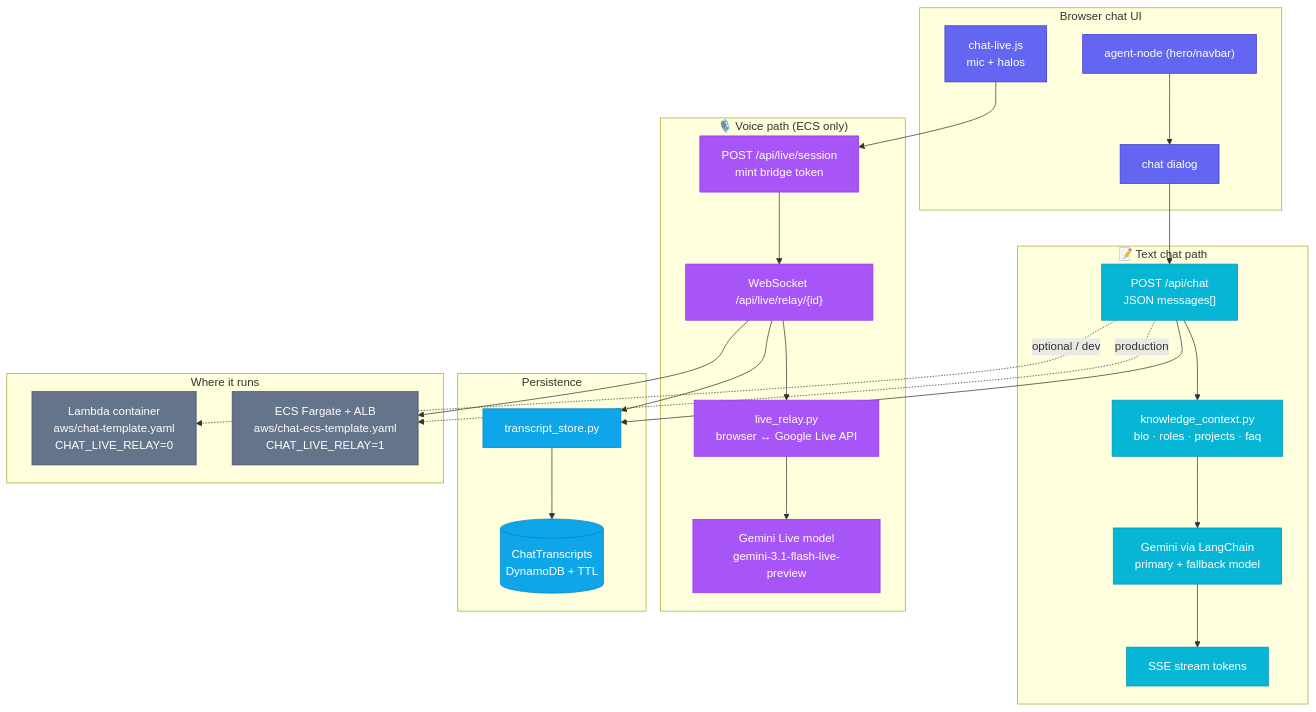
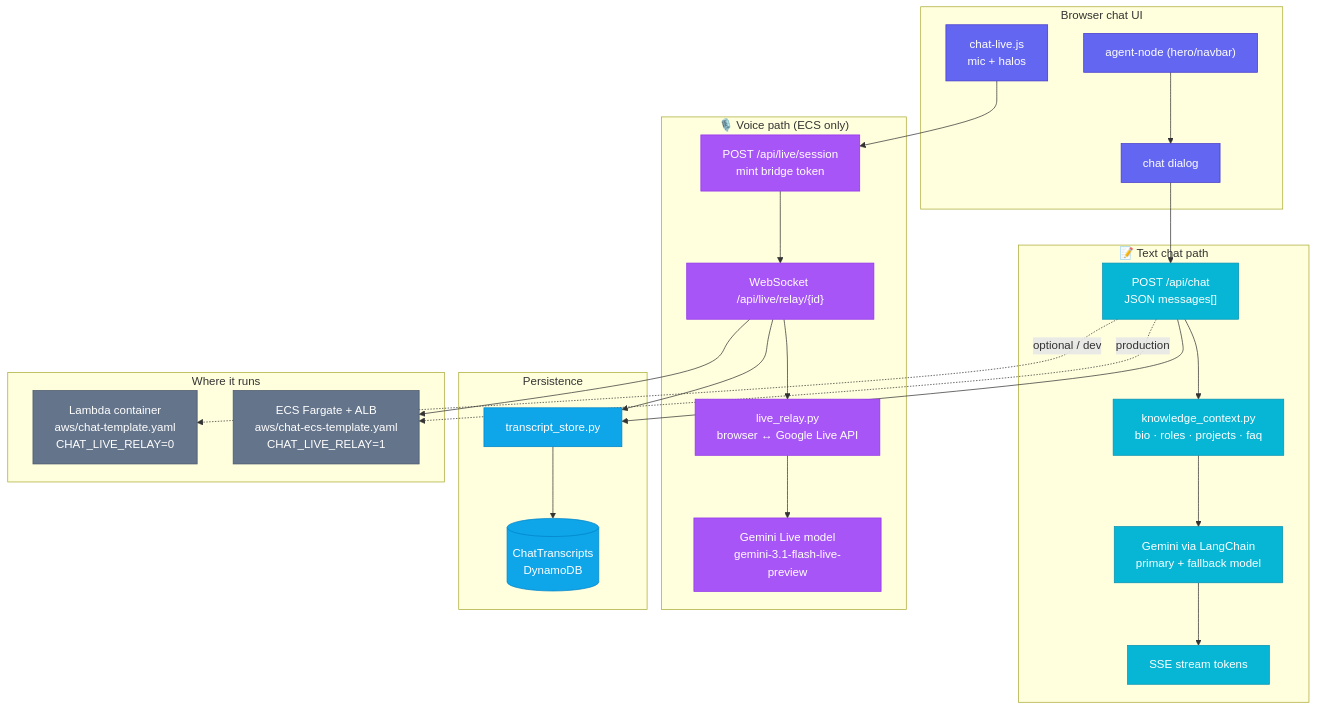
One commit to geda0/gvp changed the fifth of 7 diagrams in docs/architecture.md. Above: the diagram before and after it, drawn with Mermaid. The commit also changed other lines of this file and 4 other files, not shown here.

````diff
--- a/docs/architecture.md
+++ b/docs/architecture.md
@@ -309,58 +309,58 @@
 ```mermaid
 flowchart TB
     subgraph FE["Browser chat UI"]
         HERO["agent-node (hero/navbar)"]
         DIALOG["chat dialog"]
         VOICE["chat-live.js<br/>mic + halos"]
     end
 
     subgraph TextPath["📝 Text chat path"]
         POST["POST /api/chat<br/>JSON messages[]"]
         SSE["SSE stream tokens"]
         KC["knowledge_context.py<br/>bio · roles · projects · faq"]
         LLM["Gemini via LangChain<br/>primary + fallback model"]
     end
 
     subgraph VoicePath["🎙️ Voice path (ECS only)"]
         SESS["POST /api/live/session<br/>mint bridge token"]
         WS["WebSocket /api/live/relay/{id}"]
         RELAY["live_relay.py<br/>browser ↔ Google Live API"]
         LIVE["Gemini Live model<br/>gemini-3.1-flash-live-preview"]
     end
 
     subgraph Store["Persistence"]
         TS["transcript_store.py"]
-        TBL[("ChatTranscripts<br/>DynamoDB + TTL")]
+        TBL[("ChatTranscripts<br/>DynamoDB")]
     end
 
     HERO --> DIALOG
     DIALOG --> POST
     VOICE --> SESS --> WS
 
     POST --> KC --> LLM --> SSE
     WS --> RELAY --> LIVE
 
     POST --> TS --> TBL
     WS --> TS
 
     subgraph Hosts["Where it runs"]
         LAMBDA["Lambda container<br/>aws/chat-template.yaml<br/>CHAT_LIVE_RELAY=0"]
         FARGATE["ECS Fargate + ALB<br/>aws/chat-ecs-template.yaml<br/>CHAT_LIVE_RELAY=1"]
     end
 
     POST -.->|"production"| FARGATE
     WS --> FARGATE
     POST -.->|"optional / dev"| LAMBDA
 
     classDef fe fill:#6366F1,stroke:#4338CA,color:#fff
     classDef text fill:#06B6D4,stroke:#0891B2,color:#fff
     classDef voice fill:#A855F7,stroke:#9333EA,color:#fff
     classDef store fill:#0EA5E9,stroke:#0284C7,color:#fff
     classDef host fill:#64748B,stroke:#475569,color:#fff
 
     class HERO,DIALOG,VOICE fe
     class POST,SSE,KC,LLM text
     class SESS,WS,RELAY,LIVE voice
     class TS,TBL store
     class LAMBDA,FARGATE host
 ```
````
